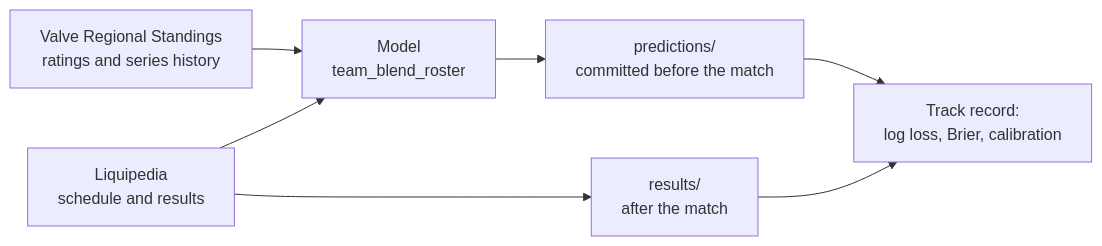
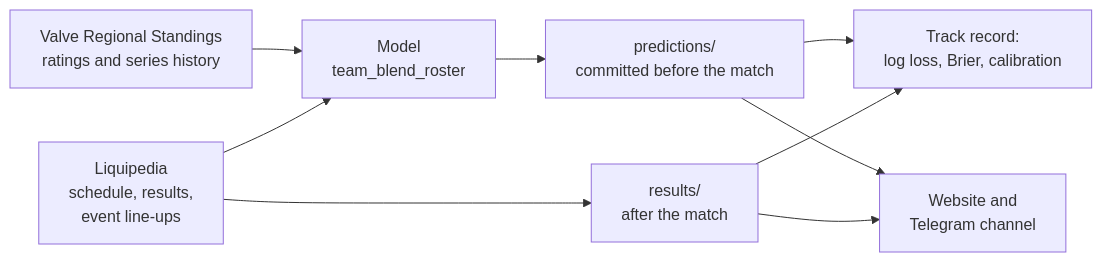
The diagram in README.md (hoxitoo/I.C.S.Y-predictions), drawn with Mermaid before and after one commit. The commit also changed other lines of this file and 1 other file, not shown here.

First line of the commit message:
Bring the README up to date with model 0.2.0 and the Telegram channel

````diff
--- a/README.md
+++ b/README.md
@@ -47,9 +48,11 @@
 ```mermaid
 flowchart LR
     A[Valve Regional Standings<br/>ratings and series history] --> C[Model<br/>team_blend_roster]
-    B[Liquipedia<br/>schedule and results] --> C
+    B[Liquipedia<br/>schedule, results,<br/>event line-ups] --> C
     C --> D[predictions/<br/>committed before the match]
     B --> E[results/<br/>after the match]
     D --> F[Track record:<br/>log loss, Brier, calibration]
     E --> F
+    D --> G[Website and<br/>Telegram channel]
+    E --> G
 ```
````
